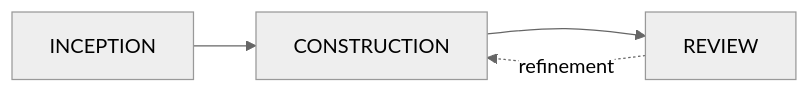
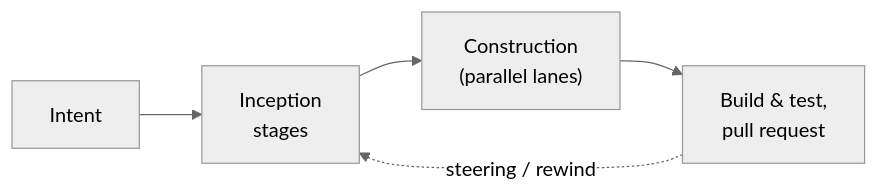
One commit to aws-samples/sample-collaborative-ai-dlc changed the diagram in docs/concepts/index.md. Above: the diagram before and after it, drawn with Mermaid (neutral theme). The commit also changed other lines of this file and 38 other files, not shown here.

````diff
--- a/docs/concepts/index.md
+++ b/docs/concepts/index.md
@@ -68,5 +68,7 @@
 ```mermaid
 graph LR
-  INCEPTION --> CONSTRUCTION --> REVIEW
-  REVIEW -. refinement .-> CONSTRUCTION
+  INTENT["Intent"] --> INCEPTION["Inception<br/>stages"]
+  INCEPTION --> CONSTRUCTION["Construction<br/>(parallel lanes)"]
+  CONSTRUCTION --> DELIVERY["Build & test,<br/>pull request"]
+  DELIVERY -. steering / rewind .-> INCEPTION
 ```
````
